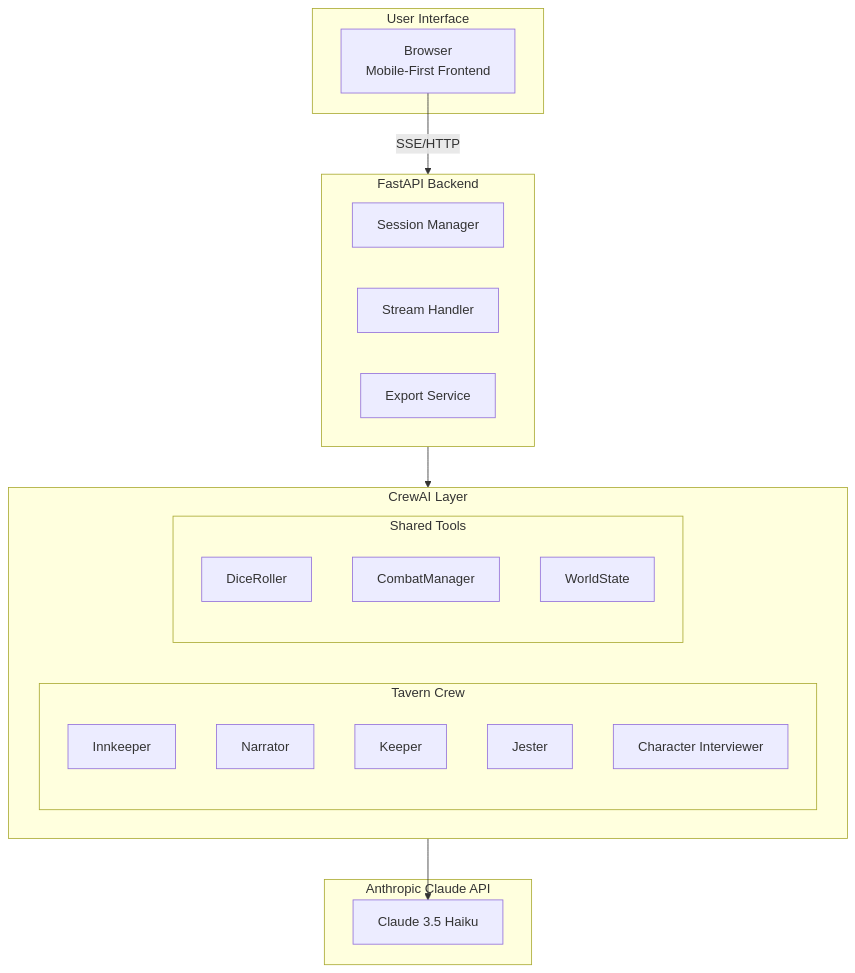
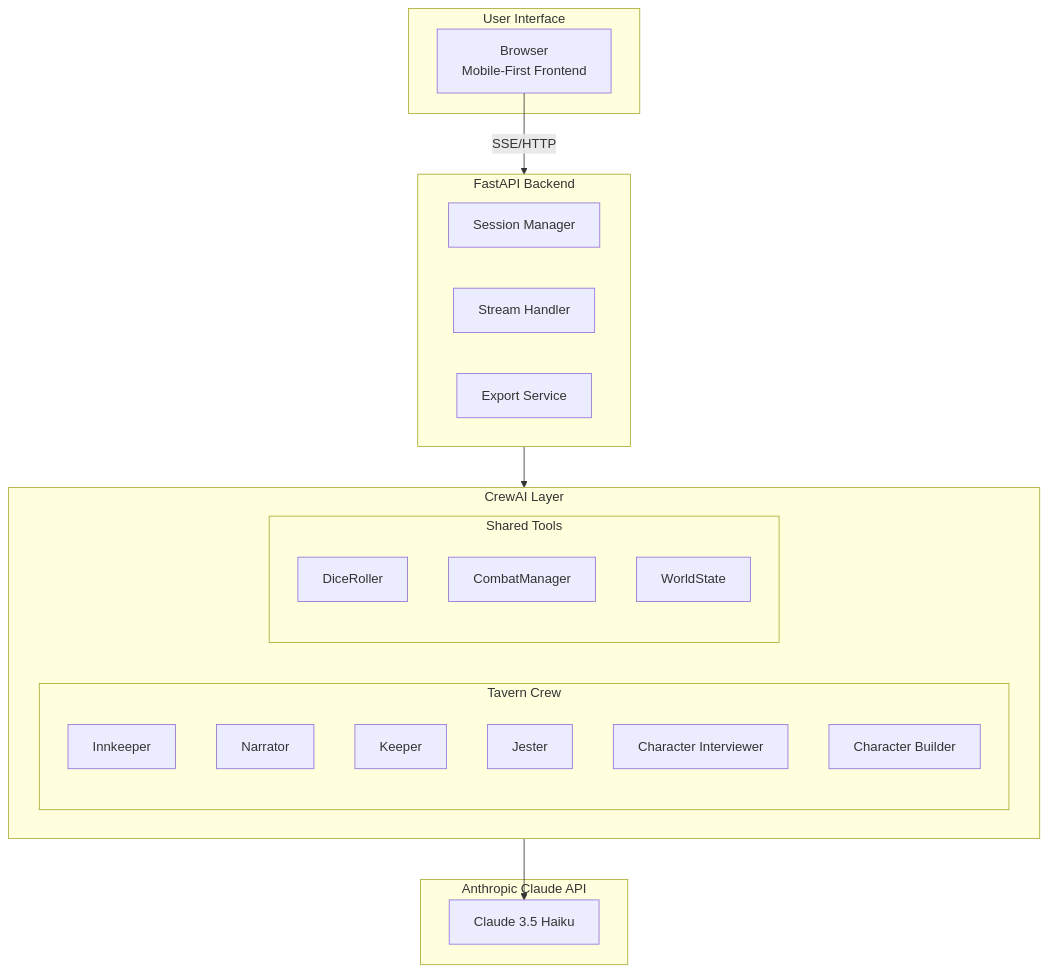
One commit to darth-dodo/pocket-portals changed the diagram in docs/architecture.md. Above: the diagram before and after it, drawn with Mermaid. The commit also changed other lines of this file and 4 other files, not shown here.

First line of the commit message:
docs: Update documentation for CharacterBuilderAgent integration

````diff
--- a/docs/architecture.md
+++ b/docs/architecture.md
@@ -37,35 +37,36 @@
 ```mermaid
 flowchart TB
     subgraph UI["User Interface"]
         Browser["Browser<br/>Mobile-First Frontend"]
     end
 
     subgraph API["FastAPI Backend"]
         Session["Session Manager"]
         Stream["Stream Handler"]
         Export["Export Service"]
     end
 
     subgraph CrewAI["CrewAI Layer"]
         subgraph Agents["Tavern Crew"]
             Innkeeper["Innkeeper"]
             Narrator["Narrator"]
             Keeper["Keeper"]
             Jester["Jester"]
             Interviewer["Character Interviewer"]
+            Builder["Character Builder"]
         end
         subgraph Tools["Shared Tools"]
             Dice["DiceRoller"]
             Combat["CombatManager"]
             State["WorldState"]
         end
     end
 
     subgraph External["Anthropic Claude API"]
         Claude["Claude 3.5 Haiku"]
     end
 
     Browser -->|SSE/HTTP| API
     API --> CrewAI
     CrewAI --> Claude
 ```
````
